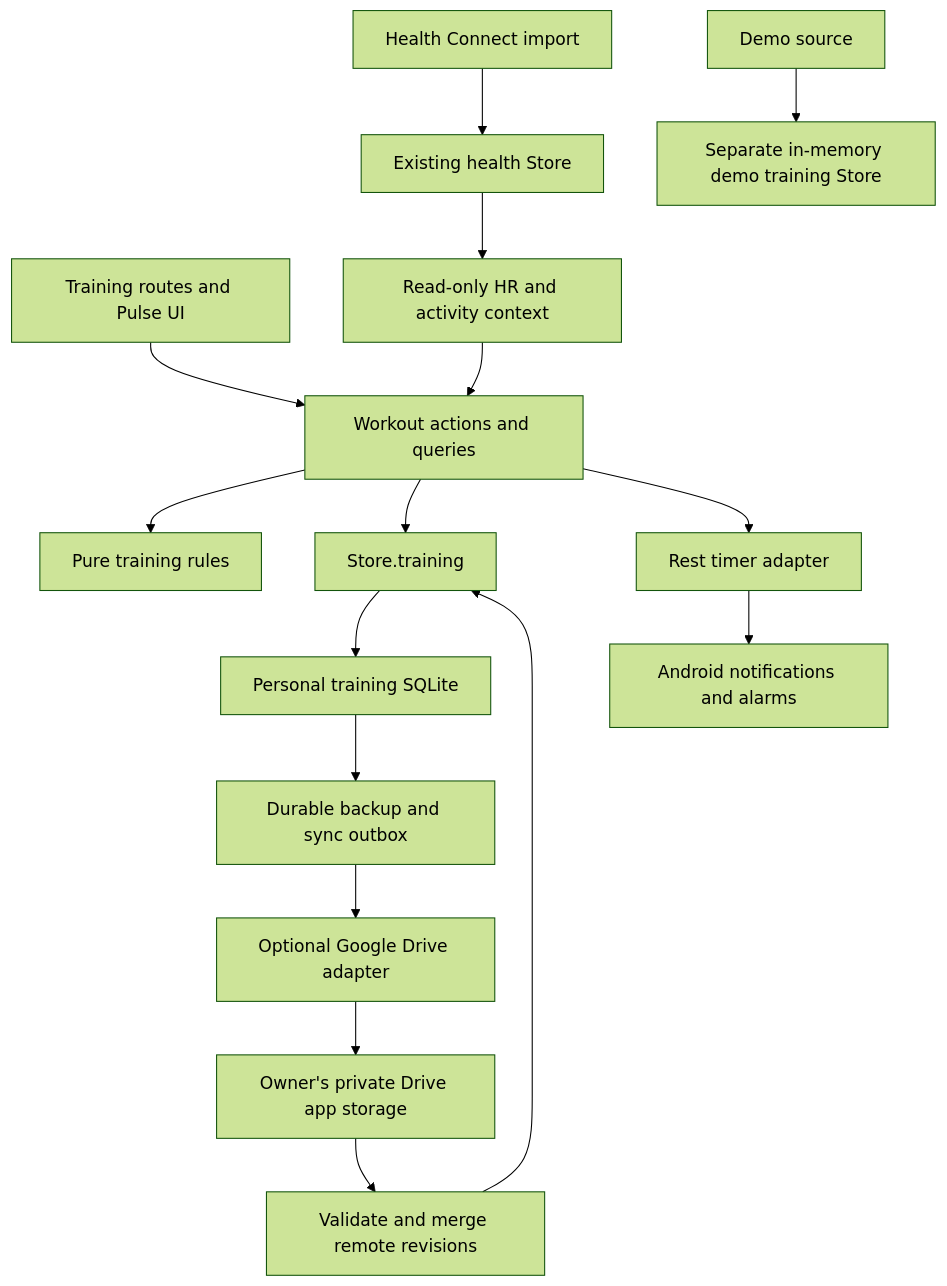
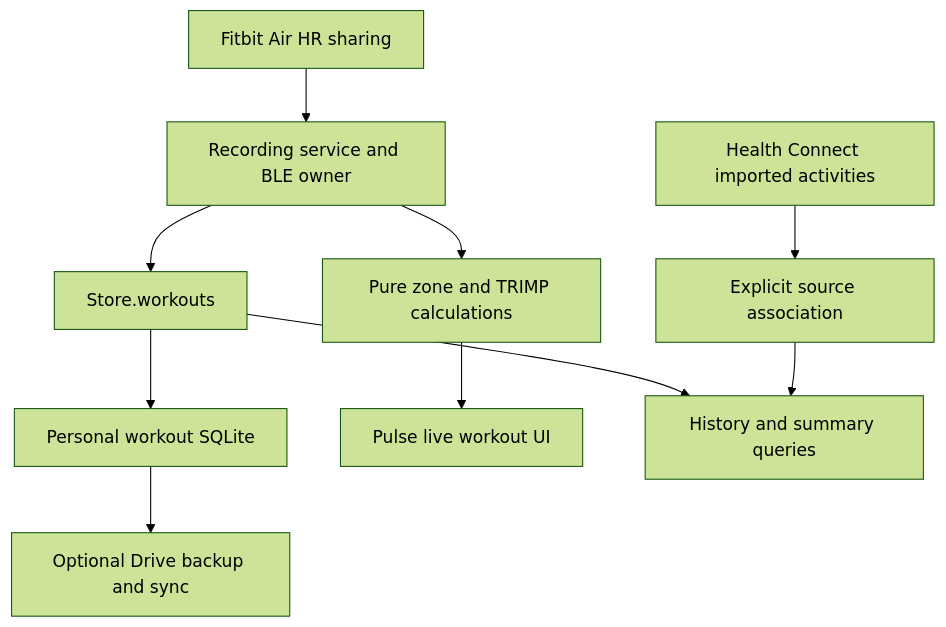
The diagram in docs/workout-tracker/README.md (yashsharan0805/pulse-mobile), drawn with Mermaid (forest theme) before and after one commit. The commit also changed other lines of this file and 35 other files, not shown here.

Commit message:
feat(workouts): record live heart rate and estimated cardio load

````diff
--- a/docs/workout-tracker/README.md
+++ b/docs/workout-tracker/README.md
@@ -56,18 +51,12 @@
 ```mermaid
 flowchart TD
-    Routes[Training routes and Pulse UI] --> Actions[Workout actions and queries]
-    Actions --> Rules[Pure training rules]
-    Actions --> Store[Store.training]
-    Store --> TrainingDB[Personal training SQLite]
-    TrainingDB --> Outbox[Durable backup and sync outbox]
-    Outbox --> DriveAdapter[Optional Google Drive adapter]
-    DriveAdapter --> Drive[Owner's private Drive app storage]
-    Drive --> Inbox[Validate and merge remote revisions]
-    Inbox --> Store
-    Actions --> Timers[Rest timer adapter]
-    Timers --> Android[Android notifications and alarms]
-    HC[Health Connect import] --> HealthDB[Existing health Store]
-    HealthDB --> Context[Read-only HR and activity context]
-    Context --> Actions
-    Demo[Demo source] --> DemoTraining[Separate in-memory demo training Store]
+    Air[Fitbit Air HR sharing] --> Capture[Recording service and BLE owner]
+    Capture --> Store[Store.workouts]
+    Store --> DB[Personal workout SQLite]
+    Capture --> Metrics[Pure zone and TRIMP calculations]
+    Metrics --> UI[Pulse live workout UI]
+    Store --> Summary[History and summary queries]
+    HC[Health Connect imported activities] --> Links[Explicit source association]
+    Links --> Summary
+    DB --> Backup[Optional Drive backup and sync]
 ```
````
